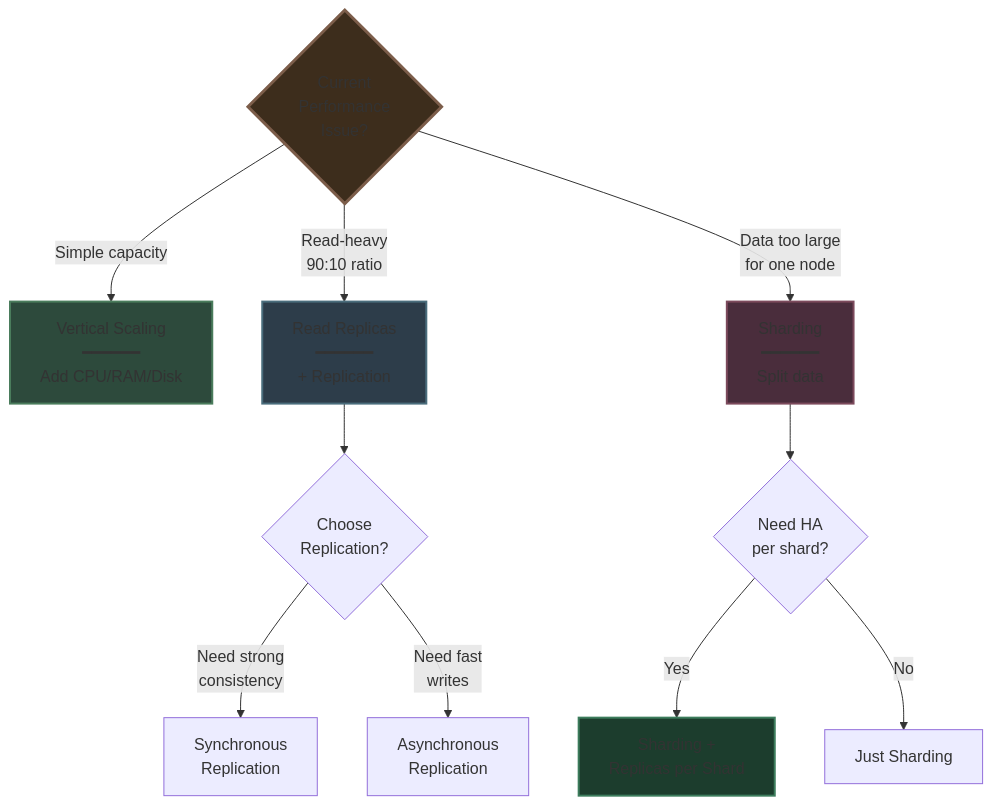
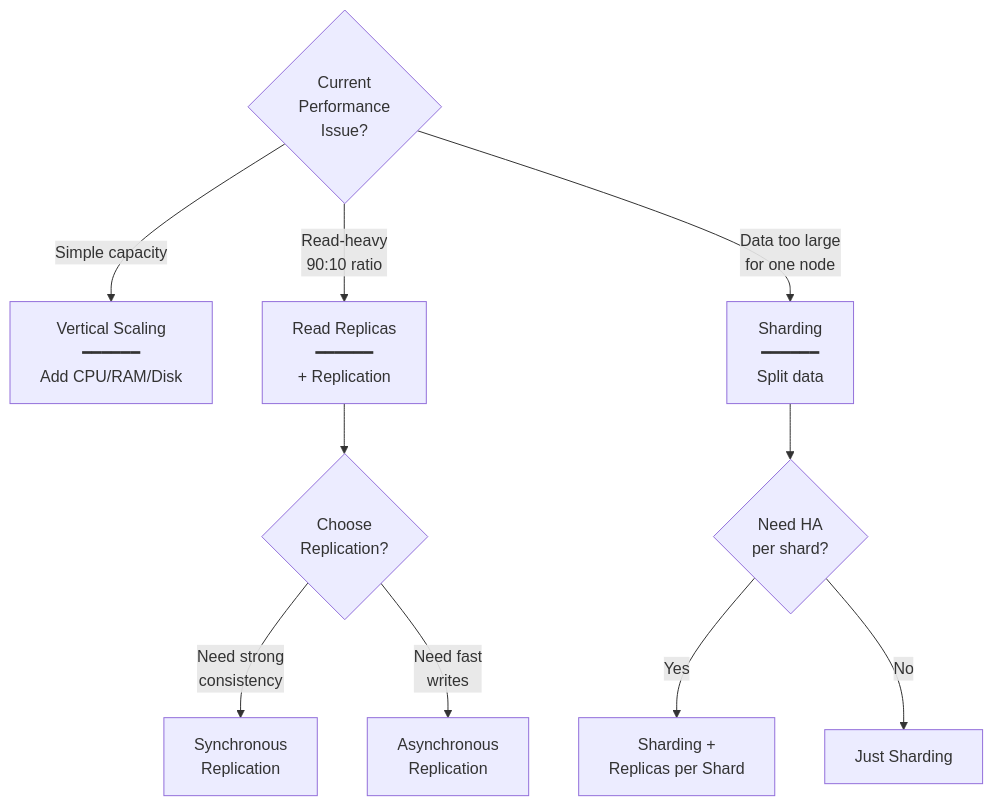
One commit to Yash-Kavaiya/The-System-Design-Masterclass changed diagram 19 of 19 in system design beginner/7. Scaling Databases.md. Above: the diagram before and after it, drawn with Mermaid. The commit also changed other lines of this file, not shown here.

````diff
--- a/system design beginner/7. Scaling Databases.md
+++ b/system design beginner/7. Scaling Databases.md
@@ -628,24 +567,19 @@
 ```mermaid
 graph TD
     START{Current<br/>Performance<br/>Issue?}
     
     START -->|Simple capacity| VERT[Vertical Scaling<br/>━━━━━━<br/>Add CPU/RAM/Disk]
     
     START -->|Read-heavy<br/>90:10 ratio| REP[Read Replicas<br/>━━━━━━<br/>+ Replication]
     
     START -->|Data too large<br/>for one node| SHARD[Sharding<br/>━━━━━━<br/>Split data]
     
     REP --> REPMODE{Choose<br/>Replication?}
     REPMODE -->|Need strong<br/>consistency| SYNC[Synchronous<br/>Replication]
     REPMODE -->|Need fast<br/>writes| ASYNC[Asynchronous<br/>Replication]
     
     SHARD --> COMBO{Need HA<br/>per shard?}
     COMBO -->|Yes| BOTH[Sharding +<br/>Replicas per Shard]
     COMBO -->|No| JUSTSH[Just Sharding]
     
-    style START fill:#3d2d1c,stroke:#7c5d4a,stroke-width:3px
-    style VERT fill:#2d4a3c,stroke:#4a7c5c,stroke-width:2px
-    style REP fill:#2d3d4a,stroke:#4a6d7c,stroke-width:2px
-    style SHARD fill:#4a2d3c,stroke:#7c4a5c,stroke-width:2px
-    style BOTH fill:#1c3d2d,stroke:#3c7c5c,stroke-width:2px
 ```
````
